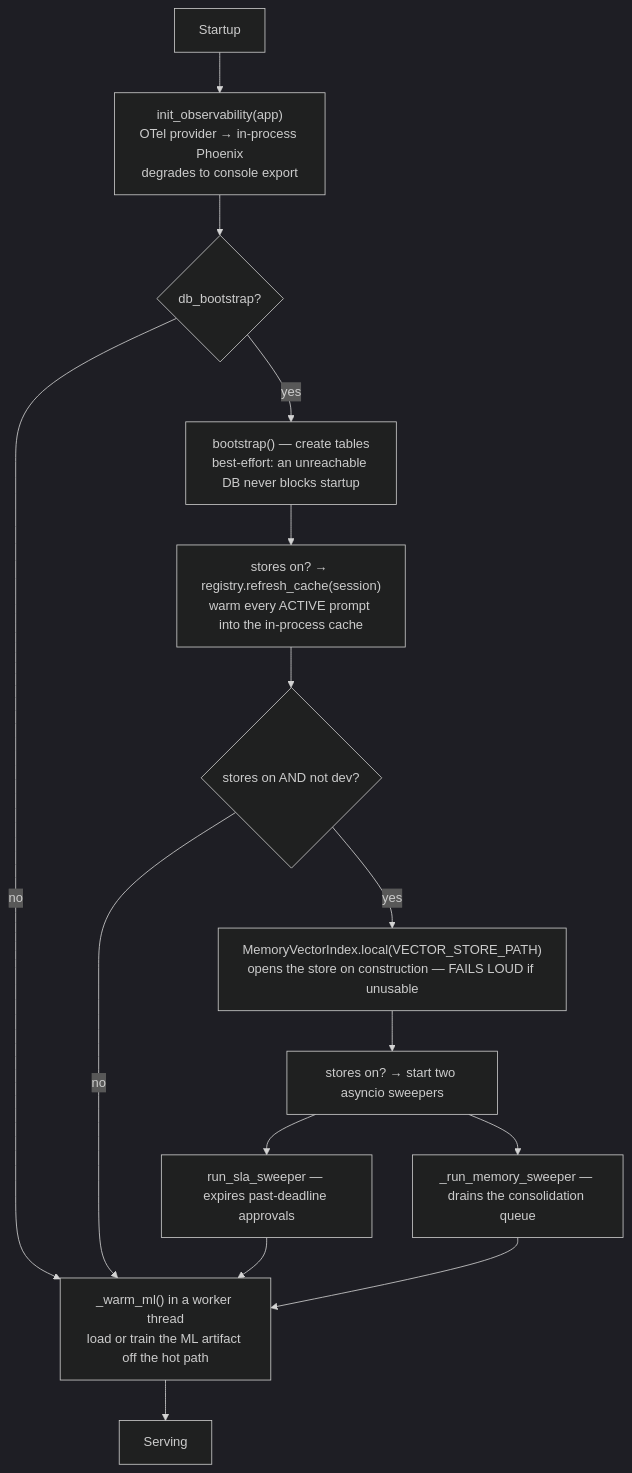
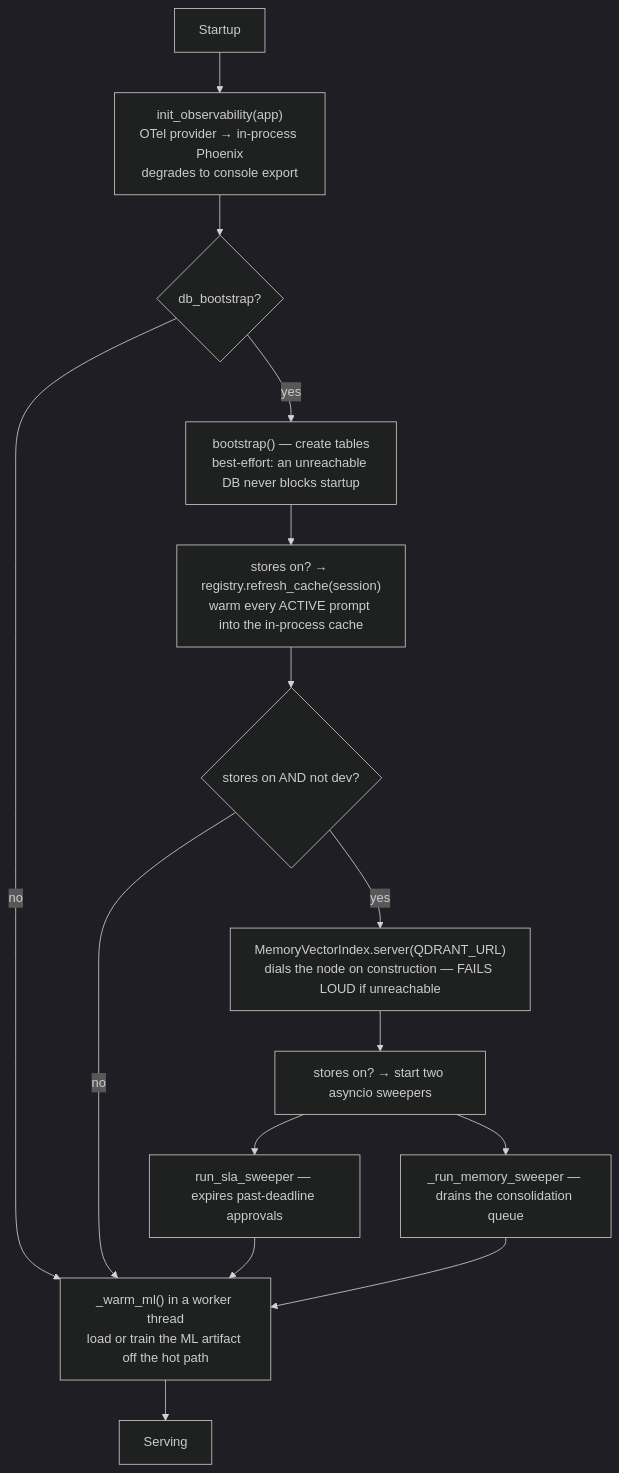
Before and after one commit to yrevash/aegis: the first of 5 diagrams in docs/learn/20-backend.md, drawn with Mermaid (dark theme). The commit also changed other lines of this file and 85 other files, not shown here.

````diff
--- a/docs/learn/20-backend.md
+++ b/docs/learn/20-backend.md
@@ -29,17 +29,17 @@
 ```mermaid
 flowchart TB
     S["Startup"] --> OBS["init_observability(app)<br/>OTel provider → in-process Phoenix<br/>degrades to console export"]
     OBS --> DB{"db_bootstrap?"}
     DB -->|yes| CREATE["bootstrap() — create tables<br/>best-effort: an unreachable DB never blocks startup"]
     DB -->|no| WARM
     CREATE --> PROMPT
     PROMPT["stores on? → registry.refresh_cache(session)<br/>warm every ACTIVE prompt into the in-process cache"] --> QD
-    QD{"stores on AND not dev?"} -->|yes| QDB["MemoryVectorIndex.local(VECTOR_STORE_PATH)<br/>opens the store on construction — FAILS LOUD if unusable"]
+    QD{"stores on AND not dev?"} -->|yes| QDB["MemoryVectorIndex.server(QDRANT_URL)<br/>dials the node on construction — FAILS LOUD if unreachable"]
     QD -->|no| WARM
     QDB --> SW
     SW["stores on? → start two asyncio sweepers"] --> SW1["run_sla_sweeper — expires past-deadline approvals"]
     SW --> SW2["_run_memory_sweeper — drains the consolidation queue"]
     SW1 --> WARM
     SW2 --> WARM
     WARM["_warm_ml() in a worker thread<br/>load or train the ML artifact off the hot path"] --> READY["Serving"]
 ```
````
